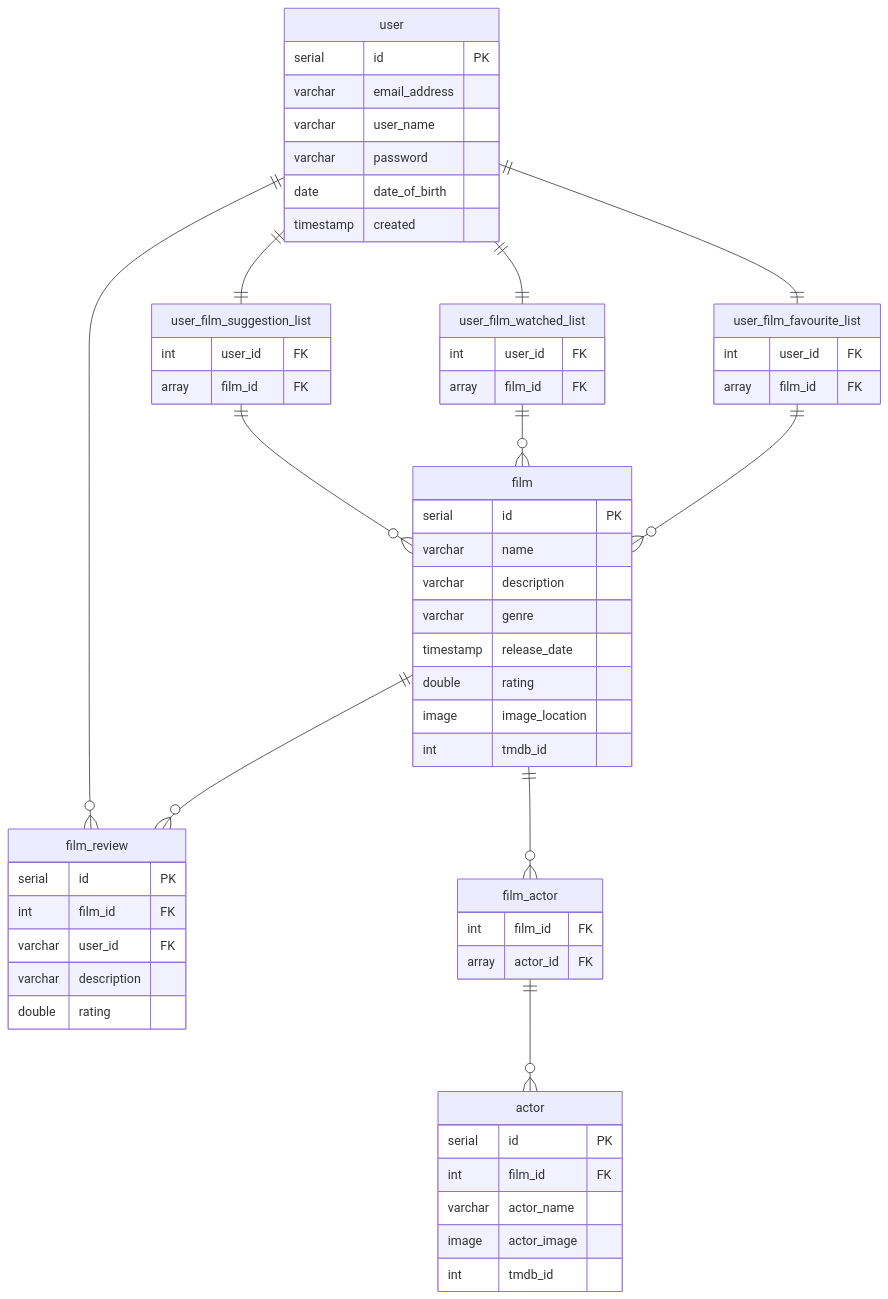
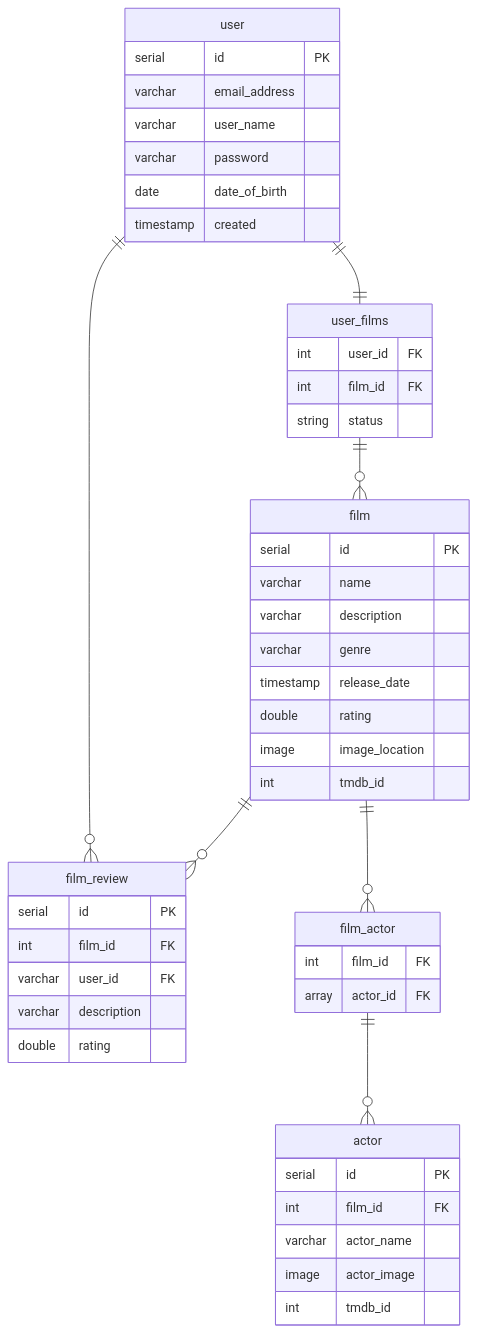
One commit to Niall96/HeresAFilm changed the second of 2 diagrams in README.md. Above: the diagram before and after it, drawn with Mermaid. The commit also changed other lines of this file, not shown here.

````diff
--- a/README.md
+++ b/README.md
@@ -44,63 +40,52 @@
 ```mermaid
 erDiagram 
- user ||--|| user_film_favourite_list : ""
- user ||--|| user_film_suggestion_list : ""
- user ||--|| user_film_watched_list: ""
- user_film_favourite_list ||--o{ film : ""
- user_film_watched_list ||--o{ film : ""
- user_film_suggestion_list ||--o{ film : ""
+ user ||--|| user_films : ""
+ user_films ||--o{ film : ""
  film ||--o{ film_review : ""
  film ||--o{ film_actor : ""
  film_actor ||--o{ actor : ""
  user ||--o{ film_review : ""
  
  user {
         serial id PK
         varchar email_address
         varchar user_name
         varchar password
         date date_of_birth
         timestamp created
     }
- user_film_favourite_list {
+ user_films {
                  int user_id FK
-                 array film_id FK
+                 int film_id FK
+                 string status
               }
- user_film_watched_list {
-                 int user_id FK
-                 array film_id FK
-              }
- user_film_suggestion_list {
-                  int user_id FK
-                  array film_id FK
-               }
  film {
       serial id PK
       varchar name
       varchar description
       varchar genre
       timestamp release_date
       double rating
       image image_location
       int tmdb_id
       }
  film_review {
              serial id PK
              int film_id FK
              varchar user_id FK
              varchar description
              double rating
            }
  film_actor {
        
        int film_id FK
        array actor_id FK
      }
  actor {
        serial id PK
        int film_id FK
        varchar actor_name
        image actor_image
        int tmdb_id
      }
 ```
````
